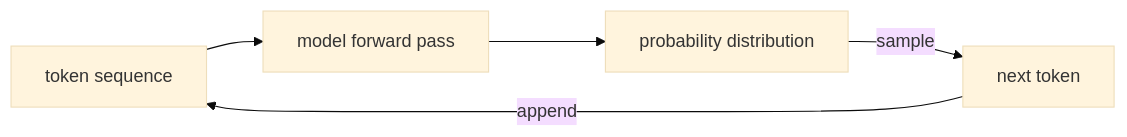
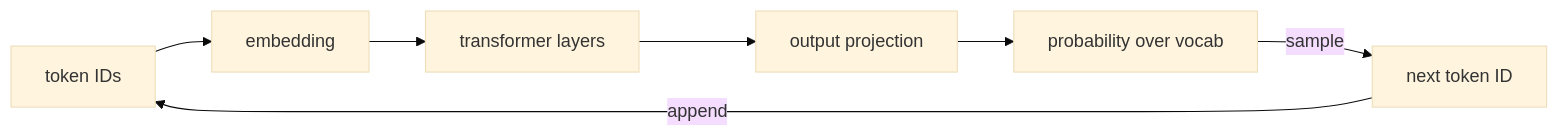
Before and after one commit to willyamjarcand/portfolio-wilyuhm: the second of 4 diagrams in public/blog/2026/02/ai-harnesses-explained.md, drawn with Mermaid (base theme). The commit also changed other lines of this file and 1 other file, not shown here.

First line of the commit message:
content: add probability distribution viz, concrete generation example, fix list rendering

````diff
--- a/public/blog/2026/02/ai-harnesses-explained.md
+++ b/public/blog/2026/02/ai-harnesses-explained.md
@@ -17,7 +92,9 @@
 ```mermaid
 flowchart LR
-    A[token sequence] --> B[model forward pass]
-    B --> C[probability distribution]
-    C -->|sample| D[next token]
-    D -->|append| A
+    A[token IDs] --> B[embedding]
+    B --> C[transformer layers]
+    C --> D[output projection]
+    D --> E[probability over vocab]
+    E -->|sample| F[next token ID]
+    F -->|append| A
 ```
````
